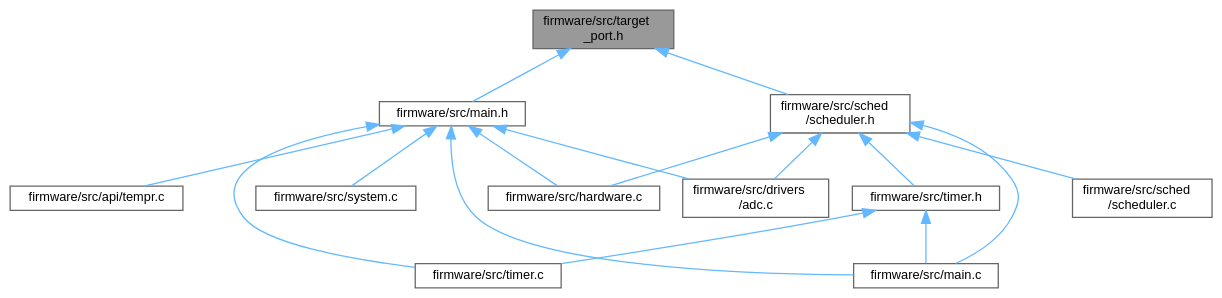
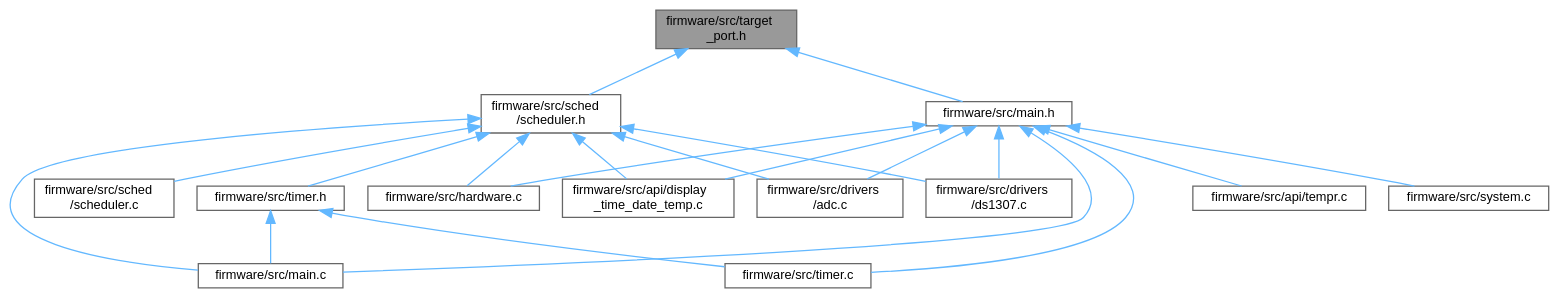
One commit to Ghaadyy/elevator-controller changed the diagram in target__port_8h__dep__incl.dot. Above: the diagram before and after it, drawn with Graphviz. The commit also changed 437 other files, not shown here.

```diff
--- a/target__port_8h__dep__incl.dot
+++ b/target__port_8h__dep__incl.dot
@@ -1,33 +1,39 @@
 digraph "firmware/src/target_port.h"
 {
  // LATEX_PDF_SIZE
   bgcolor="transparent";
   edge [fontname=Helvetica,fontsize=10,labelfontname=Helvetica,labelfontsize=10];
   node [fontname=Helvetica,fontsize=10,shape=box,height=0.2,width=0.4];
   Node1 [id="Node000001",label="firmware/src/target\l_port.h",height=0.2,width=0.4,color="gray40", fillcolor="grey60", style="filled", fontcolor="black",tooltip=" "];
   Node1 -> Node2 [id="edge1_Node000001_Node000002",dir="back",color="steelblue1",style="solid",tooltip=" "];
   Node2 [id="Node000002",label="firmware/src/main.h",height=0.2,width=0.4,color="grey40", fillcolor="white", style="filled",URL="$main_8h.html",tooltip=" "];
   Node2 -> Node3 [id="edge2_Node000002_Node000003",dir="back",color="steelblue1",style="solid",tooltip=" "];
-  Node3 [id="Node000003",label="firmware/src/api/tempr.c",height=0.2,width=0.4,color="grey40", fillcolor="white", style="filled",URL="$tempr_8c.html",tooltip=" "];
+  Node3 [id="Node000003",label="firmware/src/api/display\l_time_date_temp.c",height=0.2,width=0.4,color="grey40", fillcolor="white", style="filled",URL="$display__time__date__temp_8c.html",tooltip=" "];
   Node2 -> Node4 [id="edge3_Node000002_Node000004",dir="back",color="steelblue1",style="solid",tooltip=" "];
-  Node4 [id="Node000004",label="firmware/src/drivers\l/adc.c",height=0.2,width=0.4,color="grey40", fillcolor="white", style="filled",URL="$adc_8c.html",tooltip=" "];
+  Node4 [id="Node000004",label="firmware/src/api/tempr.c",height=0.2,width=0.4,color="grey40", fillcolor="white", style="filled",URL="$tempr_8c.html",tooltip=" "];
   Node2 -> Node5 [id="edge4_Node000002_Node000005",dir="back",color="steelblue1",style="solid",tooltip=" "];
-  Node5 [id="Node000005",label="firmware/src/hardware.c",height=0.2,width=0.4,color="grey40", fillcolor="white", style="filled",URL="$hardware_8c.html",tooltip=" "];
+  Node5 [id="Node000005",label="firmware/src/drivers\l/adc.c",height=0.2,width=0.4,color="grey40", fillcolor="white", style="filled",URL="$adc_8c.html",tooltip=" "];
   Node2 -> Node6 [id="edge5_Node000002_Node000006",dir="back",color="steelblue1",style="solid",tooltip=" "];
-  Node6 [id="Node000006",label="firmware/src/main.c",height=0.2,width=0.4,color="grey40", fillcolor="white", style="filled",URL="$main_8c.html",tooltip=" "];
+  Node6 [id="Node000006",label="firmware/src/drivers\l/ds1307.c",height=0.2,width=0.4,color="grey40", fillcolor="white", style="filled",URL="$ds1307_8c.html",tooltip=" "];
   Node2 -> Node7 [id="edge6_Node000002_Node000007",dir="back",color="steelblue1",style="solid",tooltip=" "];
-  Node7 [id="Node000007",label="firmware/src/system.c",height=0.2,width=0.4,color="grey40", fillcolor="white", style="filled",URL="$system_8c.html",tooltip=" "];
+  Node7 [id="Node000007",label="firmware/src/hardware.c",height=0.2,width=0.4,color="grey40", fillcolor="white", style="filled",URL="$hardware_8c.html",tooltip=" "];
   Node2 -> Node8 [id="edge7_Node000002_Node000008",dir="back",color="steelblue1",style="solid",tooltip=" "];
-  Node8 [id="Node000008",label="firmware/src/timer.c",height=0.2,width=0.4,color="grey40", fillcolor="white", style="filled",URL="$timer_8c.html",tooltip=" "];
-  Node1 -> Node9 [id="edge8_Node000001_Node000009",dir="back",color="steelblue1",style="solid",tooltip=" "];
-  Node9 [id="Node000009",label="firmware/src/sched\l/scheduler.h",height=0.2,width=0.4,color="grey40", fillcolor="white", style="filled",URL="$scheduler_8h.html",tooltip=" "];
-  Node9 -> Node4 [id="edge9_Node000009_Node000004",dir="back",color="steelblue1",style="solid",tooltip=" "];
-  Node9 -> Node5 [id="edge10_Node000009_Node000005",dir="back",color="steelblue1",style="solid",tooltip=" "];
-  Node9 -> Node6 [id="edge11_Node000009_Node000006",dir="back",color="steelblue1",style="solid",tooltip=" "];
-  Node9 -> Node10 [id="edge12_Node000009_Node000010",dir="back",color="steelblue1",style="solid",tooltip=" "];
-  Node10 [id="Node000010",label="firmware/src/sched\l/scheduler.c",height=0.2,width=0.4,color="grey40", fillcolor="white", style="filled",URL="$scheduler_8c.html",tooltip="Co-operative scheduler."];
-  Node9 -> Node11 [id="edge13_Node000009_Node000011",dir="back",color="steelblue1",style="solid",tooltip=" "];
-  Node11 [id="Node000011",label="firmware/src/timer.h",height=0.2,width=0.4,color="grey40", fillcolor="white", style="filled",URL="$timer_8h.html",tooltip=" "];
-  Node11 -> Node6 [id="edge14_Node000011_Node000006",dir="back",color="steelblue1",style="solid",tooltip=" "];
+  Node8 [id="Node000008",label="firmware/src/main.c",height=0.2,width=0.4,color="grey40", fillcolor="white", style="filled",URL="$main_8c.html",tooltip=" "];
+  Node2 -> Node9 [id="edge8_Node000002_Node000009",dir="back",color="steelblue1",style="solid",tooltip=" "];
+  Node9 [id="Node000009",label="firmware/src/system.c",height=0.2,width=0.4,color="grey40", fillcolor="white", style="filled",URL="$system_8c.html",tooltip=" "];
+  Node2 -> Node10 [id="edge9_Node000002_Node000010",dir="back",color="steelblue1",style="solid",tooltip=" "];
+  Node10 [id="Node000010",label="firmware/src/timer.c",height=0.2,width=0.4,color="grey40", fillcolor="white", style="filled",URL="$timer_8c.html",tooltip=" "];
+  Node1 -> Node11 [id="edge10_Node000001_Node000011",dir="back",color="steelblue1",style="solid",tooltip=" "];
+  Node11 [id="Node000011",label="firmware/src/sched\l/scheduler.h",height=0.2,width=0.4,color="grey40", fillcolor="white", style="filled",URL="$scheduler_8h.html",tooltip=" "];
+  Node11 -> Node3 [id="edge11_Node000011_Node000003",dir="back",color="steelblue1",style="solid",tooltip=" "];
+  Node11 -> Node5 [id="edge12_Node000011_Node000005",dir="back",color="steelblue1",style="solid",tooltip=" "];
+  Node11 -> Node6 [id="edge13_Node000011_Node000006",dir="back",color="steelblue1",style="solid",tooltip=" "];
+  Node11 -> Node7 [id="edge14_Node000011_Node000007",dir="back",color="steelblue1",style="solid",tooltip=" "];
   Node11 -> Node8 [id="edge15_Node000011_Node000008",dir="back",color="steelblue1",style="solid",tooltip=" "];
+  Node11 -> Node12 [id="edge16_Node000011_Node000012",dir="back",color="steelblue1",style="solid",tooltip=" "];
+  Node12 [id="Node000012",label="firmware/src/sched\l/scheduler.c",height=0.2,width=0.4,color="grey40", fillcolor="white", style="filled",URL="$scheduler_8c.html",tooltip="Co-operative scheduler."];
+  Node11 -> Node13 [id="edge17_Node000011_Node000013",dir="back",color="steelblue1",style="solid",tooltip=" "];
+  Node13 [id="Node000013",label="firmware/src/timer.h",height=0.2,width=0.4,color="grey40", fillcolor="white", style="filled",URL="$timer_8h.html",tooltip=" "];
+  Node13 -> Node8 [id="edge18_Node000013_Node000008",dir="back",color="steelblue1",style="solid",tooltip=" "];
+  Node13 -> Node10 [id="edge19_Node000013_Node000010",dir="back",color="steelblue1",style="solid",tooltip=" "];
 }
```
